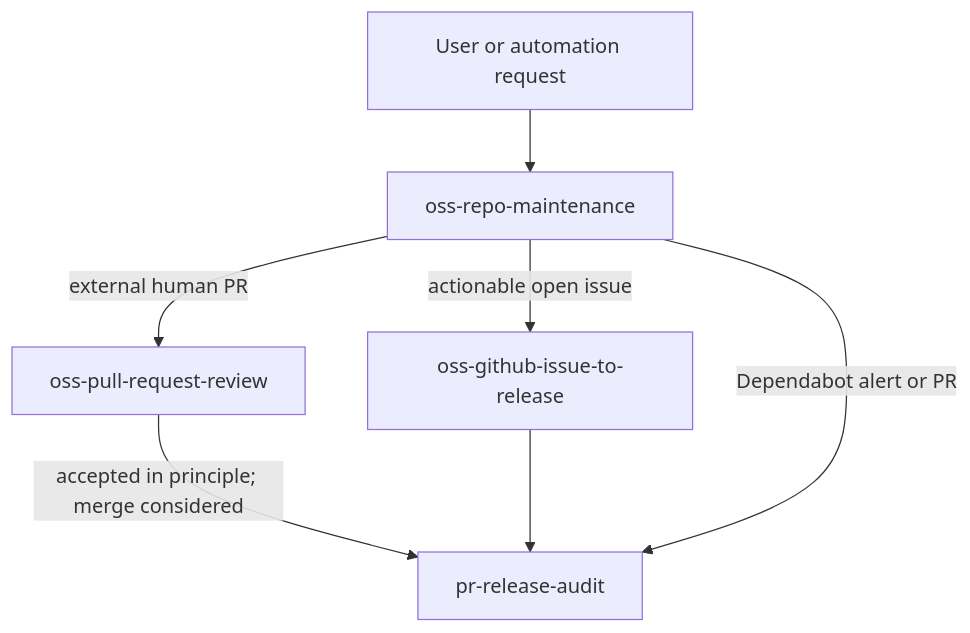
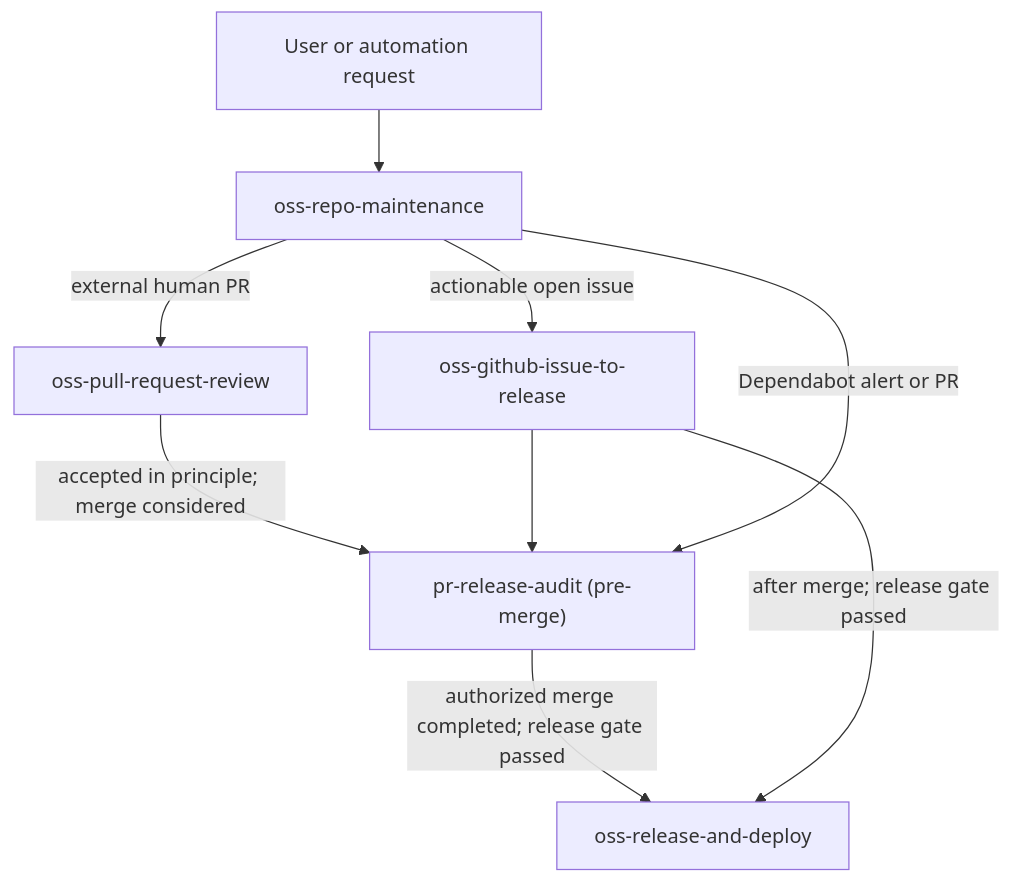
The diagram in README.md (paladini/agent-skills), drawn with Mermaid before and after one commit. The commit also changed other lines of this file and 10 other files, not shown here.

Commit message:
Add post-merge OSS delivery workflow

````diff
--- a/README.md
+++ b/README.md
@@ -29,9 +30,11 @@
 ```mermaid
 flowchart TD
     request["User or automation request"] --> orchestrator["oss-repo-maintenance"]
     orchestrator -->|"external human PR"| review["oss-pull-request-review"]
-    review -->|"accepted in principle; merge considered"| audit["pr-release-audit"]
+    review -->|"accepted in principle; merge considered"| audit["pr-release-audit (pre-merge)"]
+    audit -->|"authorized merge completed; release gate passed"| delivery["oss-release-and-deploy"]
     orchestrator -->|"actionable open issue"| issue["oss-github-issue-to-release"]
     issue --> audit
+    issue -->|"after merge; release gate passed"| delivery
     orchestrator -->|"Dependabot alert or PR"| audit
 ```
````
